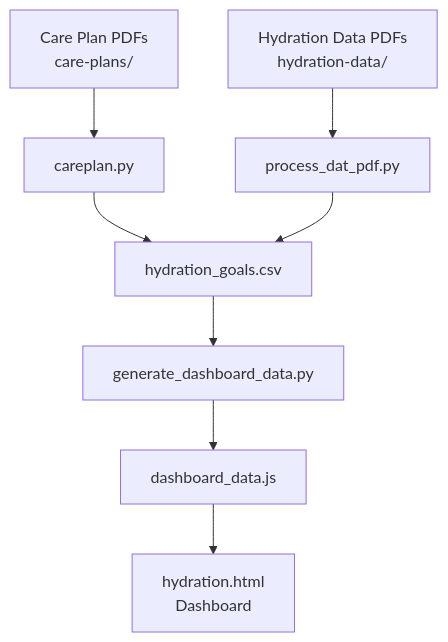
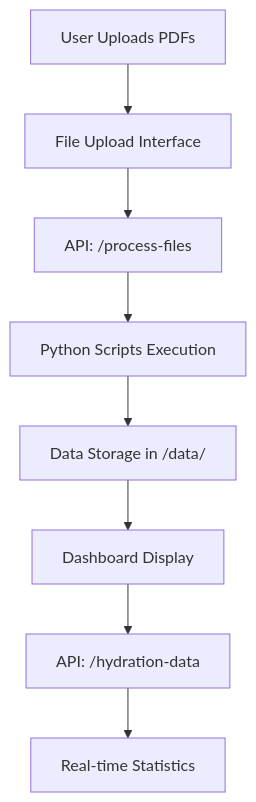
The first of 2 diagrams in README.md (FallyxInc/hydration), drawn with Mermaid before and after one commit. The commit also changed other lines of this file and 4 other files, not shown here.

First line of the commit message:
Update comprehensive documentation for hydration dashboard system

````diff
--- a/README.md
+++ b/README.md
@@ -9,10 +162,10 @@
 ```mermaid
 graph TD
-    A[Care Plan PDFs<br/>care-plans/] --> B[careplan.py]
-    C[Hydration Data PDFs<br/>hydration-data/] --> D[process_dat_pdf.py]
-    B --> E[hydration_goals.csv]
-    D --> E
-    E --> F[generate_dashboard_data.py]
-    F --> G[dashboard_data.js]
-    G --> H[hydration.html<br/>Dashboard]
+    A[User Uploads PDFs] --> B[File Upload Interface]
+    B --> C[API: /process-files]
+    C --> D[Python Scripts Execution]
+    D --> E[Data Storage in /data/]
+    E --> F[Dashboard Display]
+    F --> G[API: /hydration-data]
+    G --> H[Real-time Statistics]
 ```
````
